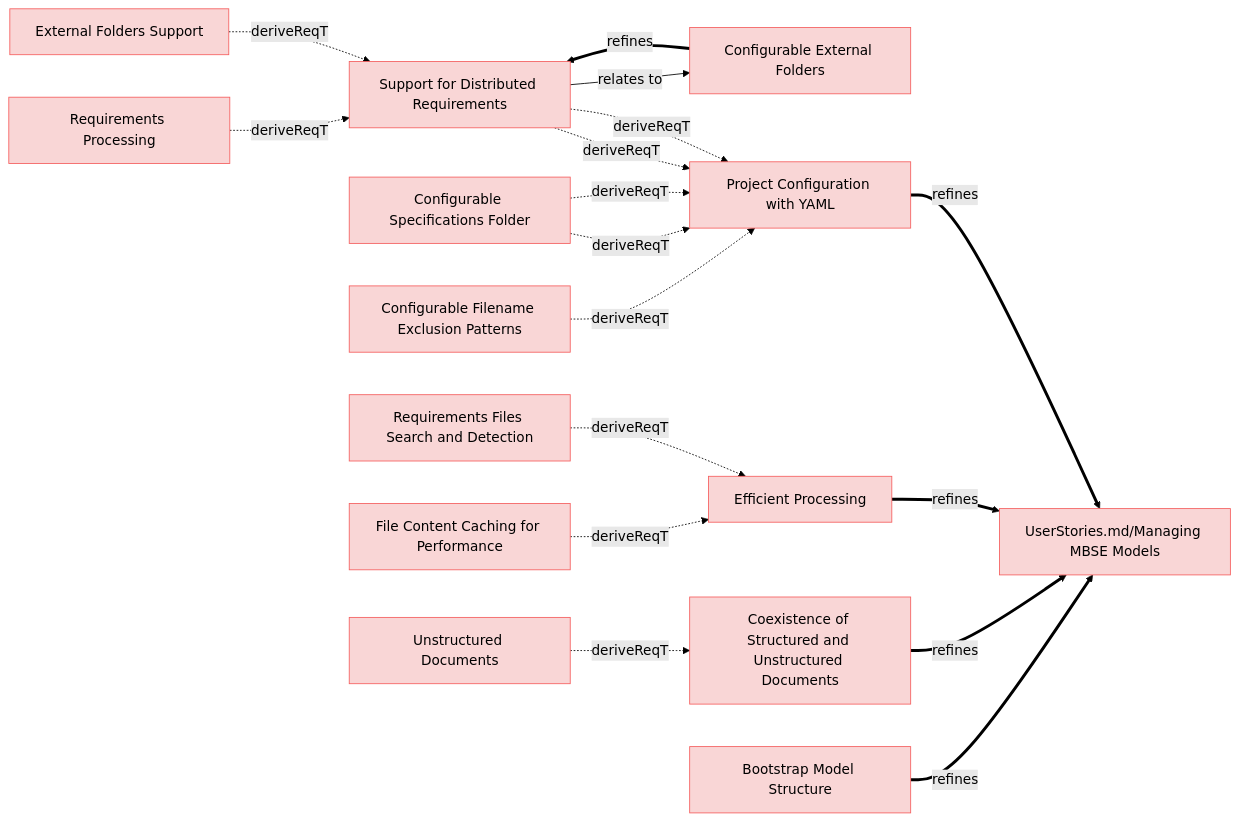
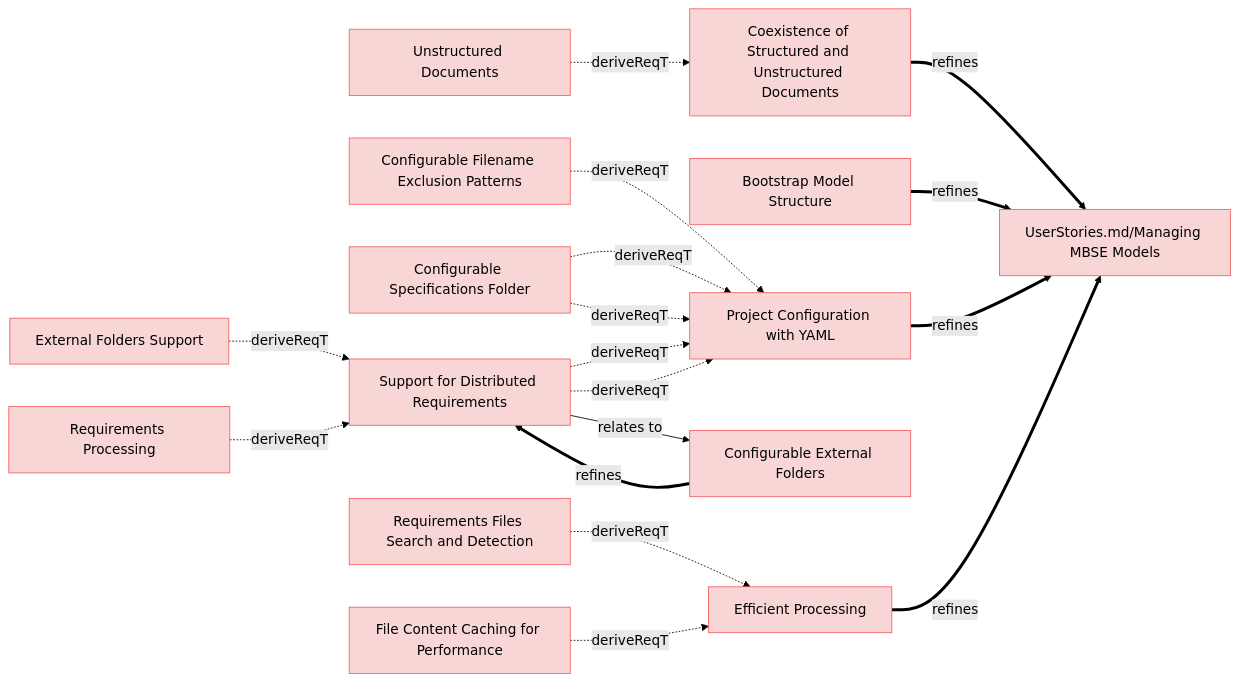
The diagram in specifications/ManagingMbseModelsRequirements.md (reqvire-org/reqvire), drawn with Mermaid (forest theme) before and after one commit. The commit also changed other lines of this file and 7 other files, not shown here.

````diff
--- a/specifications/ManagingMbseModelsRequirements.md
+++ b/specifications/ManagingMbseModelsRequirements.md
@@ -4,67 +4,67 @@
 ```mermaid
 graph LR;
   %% Graph styling
   classDef requirement fill:#f9d6d6,stroke:#f55f5f,stroke-width:1px;
   classDef verification fill:#d6f9d6,stroke:#5fd75f,stroke-width:1px;
   classDef externalLink fill:#d0e0ff,stroke:#3080ff,stroke-width:1px;
   classDef default fill:#f5f5f5,stroke:#333333,stroke-width:1px;
 
+  daadd8e583["Coexistence of Structured and Unstructured Documents"];
+  click daadd8e583 "ManagingMbseModelsRequirements.md#coexistence-of-structured-and-unstructured-documents";
+  class daadd8e583 requirement;
+  852dea6cfe["UserStories.md/Managing MBSE Models"];
+  class 852dea6cfe requirement;
+  click 852dea6cfe "UserStories.md#managing-mbse-models";
+  daadd8e583 ==>|refines| 852dea6cfe;
+  5a1719a264["Unstructured Documents"];
+  class 5a1719a264 requirement;
+  click 5a1719a264 "SystemRequirements/Requirements.md#unstructured-documents";
+  5a1719a264 -.->|deriveReqT| daadd8e583;
+  96bbd81f5c["Bootstrap Model Structure"];
+  click 96bbd81f5c "ManagingMbseModelsRequirements.md#bootstrap-model-structure";
+  class 96bbd81f5c requirement;
+  96bbd81f5c ==>|refines| 852dea6cfe;
   ce24dbacb9["Project Configuration with YAML"];
   click ce24dbacb9 "ManagingMbseModelsRequirements.md#project-configuration-with-yaml";
   class ce24dbacb9 requirement;
-  852dea6cfe["UserStories.md/Managing MBSE Models"];
-  class 852dea6cfe requirement;
-  click 852dea6cfe "UserStories.md#managing-mbse-models";
   ce24dbacb9 ==>|refines| 852dea6cfe;
+  cc8128cae3["Configurable Filename Exclusion Patterns"];
+  class cc8128cae3 requirement;
+  click cc8128cae3 "SystemRequirements/Requirements.md#configurable-filename-exclusion-patterns";
+  cc8128cae3 -.->|deriveReqT| ce24dbacb9;
+  61be4a1815["Configurable Specifications Folder"];
+  class 61be4a1815 requirement;
+  click 61be4a1815 "ManagingMbseModelsRequirements.md#configurable-specifications-folder";
+  61be4a1815 -.->|deriveReqT| ce24dbacb9;
   e7286123b1["Support for Distributed Requirements"];
   class e7286123b1 requirement;
   click e7286123b1 "ManagingMbseModelsRequirements.md#support-for-distributed-requirements";
   e7286123b1 -.->|deriveReqT| ce24dbacb9;
-  61be4a1815["Configurable Specifications Folder"];
-  class 61be4a1815 requirement;
-  click 61be4a1815 "ManagingMbseModelsRequirements.md#configurable-specifications-folder";
-  61be4a1815 -.->|deriveReqT| ce24dbacb9;
-  cc8128cae3["Configurable Filename Exclusion Patterns"];
-  class cc8128cae3 requirement;
-  click cc8128cae3 "SystemRequirements/Requirements.md#configurable-filename-exclusion-patterns";
-  cc8128cae3 -.->|deriveReqT| ce24dbacb9;
-  e7286123b1 -.->|deriveReqT| ce24dbacb9;
-  99bed90a0d["Requirements Processing"];
-  class 99bed90a0d requirement;
-  click 99bed90a0d "SystemRequirements/Requirements.md#requirements-processing";
-  99bed90a0d -.->|deriveReqT| e7286123b1;
-  a5483b08d4["Configurable External Folders"];
-  class a5483b08d4 requirement;
-  click a5483b08d4 "ManagingMbseModelsRequirements.md#configurable-external-folders";
-  e7286123b1 -->|relates to| a5483b08d4;
-  d38ab4ad13["External Folders Support"];
-  class d38ab4ad13 requirement;
-  click d38ab4ad13 "SystemRequirements/Requirements.md#external-folders-support";
-  d38ab4ad13 -.->|deriveReqT| e7286123b1;
-  a5483b08d4 ==>|refines| e7286123b1;
   61be4a1815 -.->|deriveReqT| ce24dbacb9;
   21e4eb87cb["Efficient Processing"];
   click 21e4eb87cb "ManagingMbseModelsRequirements.md#efficient-processing";
   class 21e4eb87cb requirement;
   21e4eb87cb ==>|refines| 852dea6cfe;
   2737f2d770["Requirements Files Search and Detection"];
   class 2737f2d770 requirement;
   click 2737f2d770 "SystemRequirements/Requirements.md#requirements-files-search-and-detection";
   2737f2d770 -.->|deriveReqT| 21e4eb87cb;
   98bd2bd6bd["File Content Caching for Performance"];
   class 98bd2bd6bd requirement;
   click 98bd2bd6bd "SystemRequirements/Requirements.md#file-content-caching-for-performance";
   98bd2bd6bd -.->|deriveReqT| 21e4eb87cb;
-  daadd8e583["Coexistence of Structured and Unstructured Documents"];
-  click daadd8e583 "ManagingMbseModelsRequirements.md#coexistence-of-structured-and-unstructured-documents";
-  class daadd8e583 requirement;
-  daadd8e583 ==>|refines| 852dea6cfe;
-  5a1719a264["Unstructured Documents"];
-  class 5a1719a264 requirement;
-  click 5a1719a264 "SystemRequirements/Requirements.md#unstructured-documents";
-  5a1719a264 -.->|deriveReqT| daadd8e583;
-  96bbd81f5c["Bootstrap Model Structure"];
-  click 96bbd81f5c "ManagingMbseModelsRequirements.md#bootstrap-model-structure";
-  class 96bbd81f5c requirement;
-  96bbd81f5c ==>|refines| 852dea6cfe;
+  e7286123b1 -.->|deriveReqT| ce24dbacb9;
+  d38ab4ad13["External Folders Support"];
+  class d38ab4ad13 requirement;
+  click d38ab4ad13 "SystemRequirements/Requirements.md#external-folders-support";
+  d38ab4ad13 -.->|deriveReqT| e7286123b1;
+  99bed90a0d["Requirements Processing"];
+  class 99bed90a0d requirement;
+  click 99bed90a0d "SystemRequirements/Requirements.md#requirements-processing";
+  99bed90a0d -.->|deriveReqT| e7286123b1;
+  a5483b08d4["Configurable External Folders"];
+  class a5483b08d4 requirement;
+  click a5483b08d4 "ManagingMbseModelsRequirements.md#configurable-external-folders";
+  e7286123b1 -->|relates to| a5483b08d4;
+  a5483b08d4 ==>|refines| e7286123b1;
 ```
````
